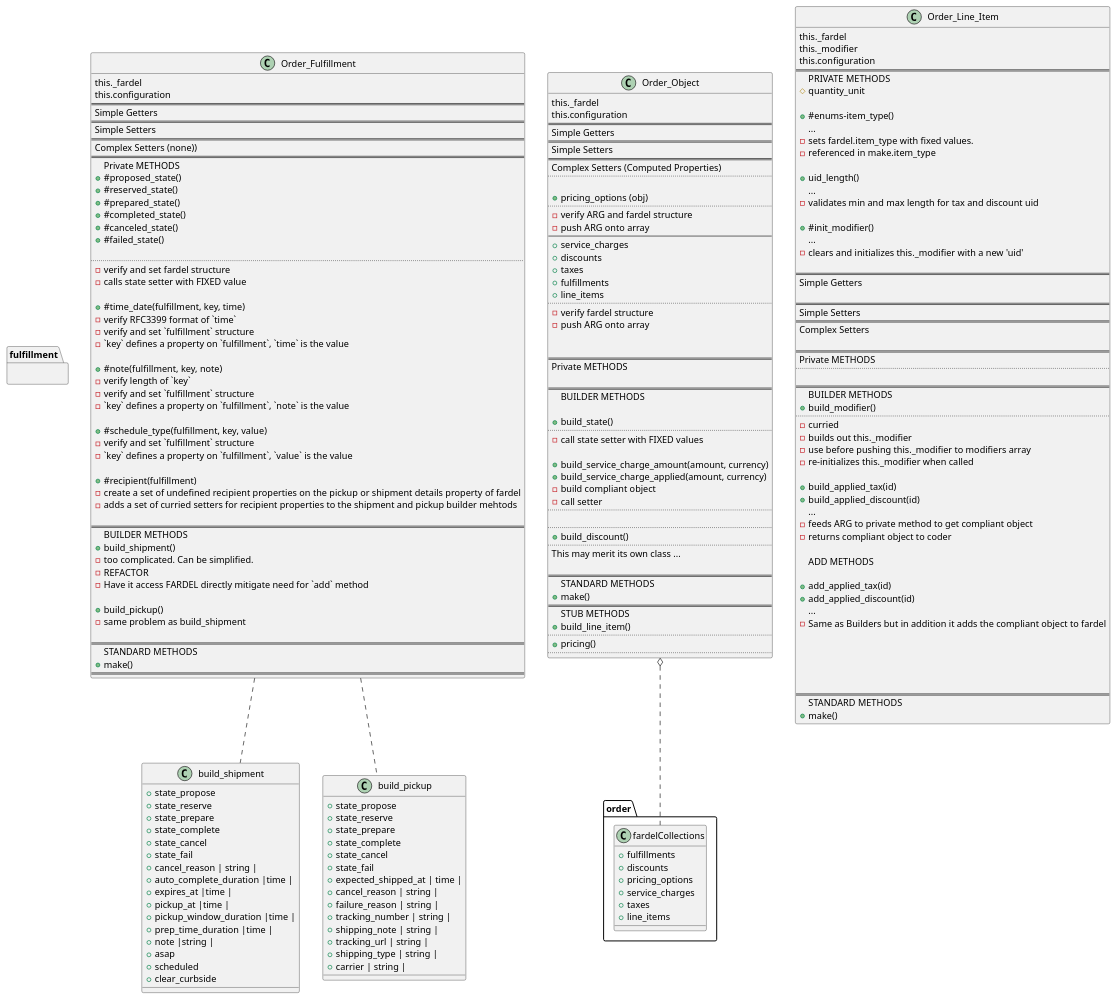
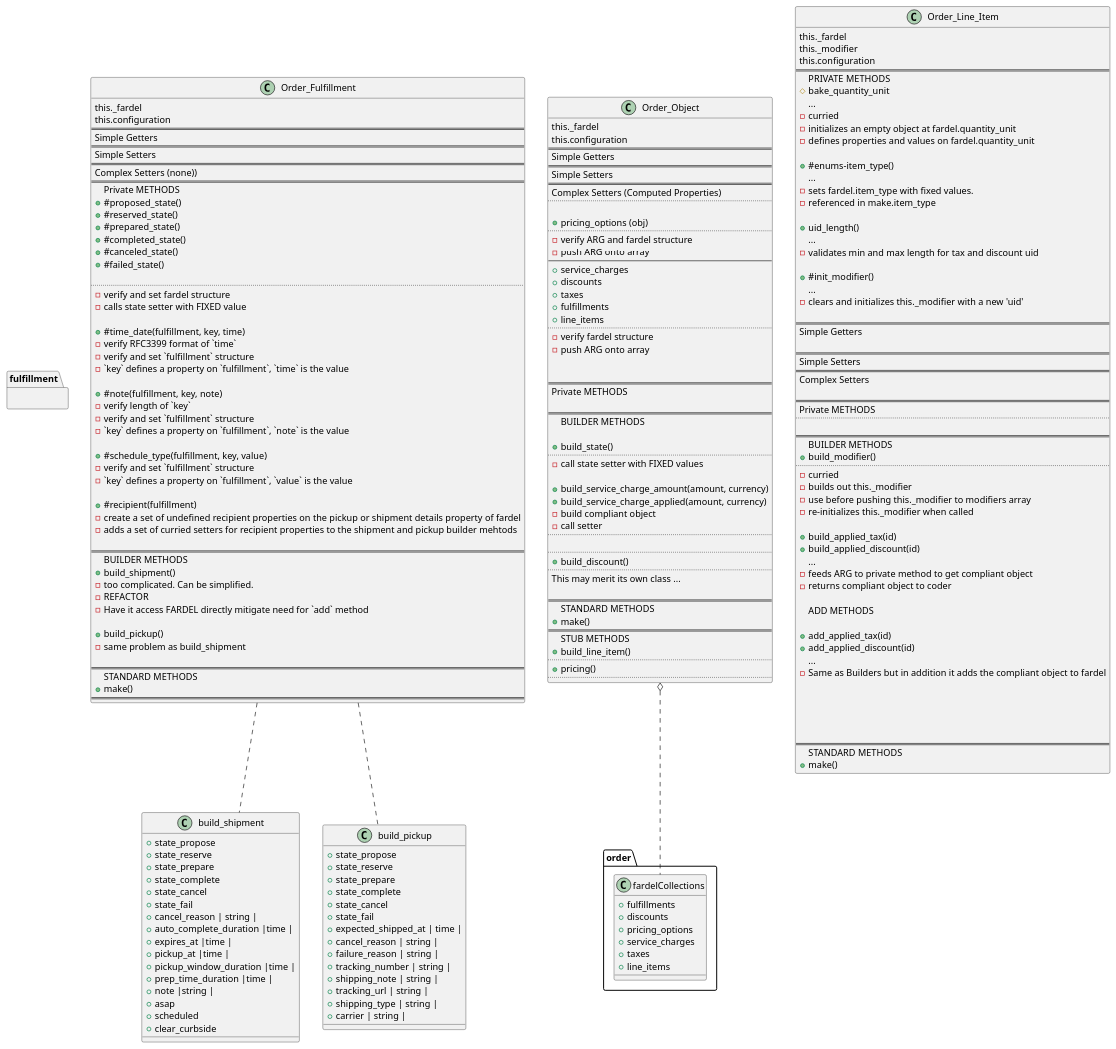
The diagram in docs/uml/order_object_pie.puml (TwoFistedJustice/square-pie), drawn with PlantUML before and after one commit.

Commit message:
docs: update uml with #bake_quantity_unit()

```diff
--- a/docs/uml/order_object_pie.puml
+++ b/docs/uml/order_object_pie.puml
@@ -142,7 +142,11 @@
 this.configuration
 ==
 PRIVATE METHODS
-#quantity_unit
+#bake_quantity_unit
+...
+- curried
+- initializes an empty object at fardel.quantity_unit
+- defines properties and values on fardel.quantity_unit
 
 +#enums-item_type()
 ...
```
